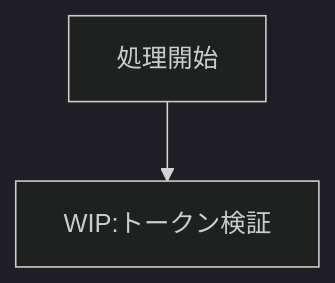
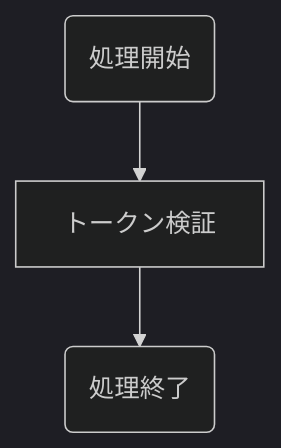
One commit to nob-islan/nob-openid-connect changed the diagram in docs/business-flow/design/rp/ID-token-verification.md. Above: the diagram before and after it, drawn with Mermaid. The commit also changed 10 other files, not shown here.

Commit message:
フロー図雛形完成

````diff
--- a/docs/business-flow/design/rp/ID-token-verification.md
+++ b/docs/business-flow/design/rp/ID-token-verification.md
@@ -3,5 +3,6 @@
 ```mermaid
 %%{init:{'theme':'dark'}}%%
 graph TD;
-    処理開始 --> WIP:トークン検証
+    A(処理開始) --> B[トークン検証]
+    B --> C(処理終了)
 ```
````
